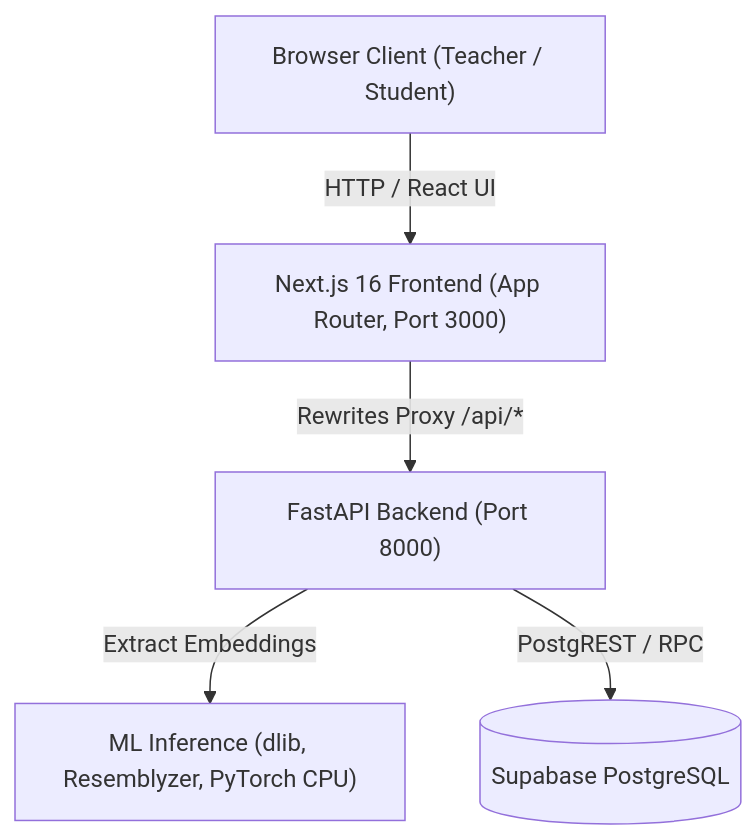
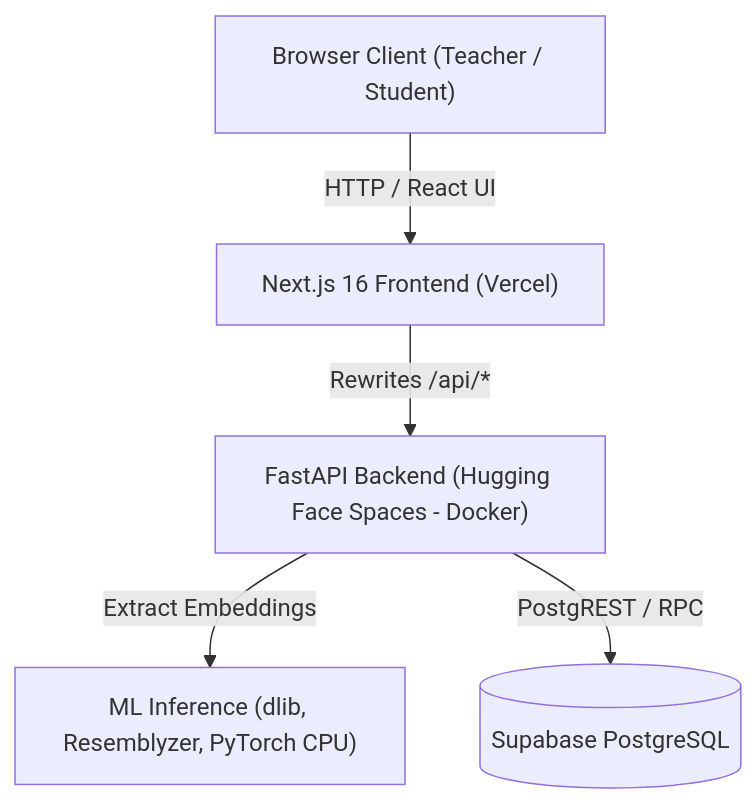
Before and after one commit to shravan12092005/snapclass: the diagram in DEPLOYMENT.md, drawn with Mermaid. The commit also changed other lines of this file and 6 other files, not shown here.

Commit message:
chore(deploy): prepare configuration for Hugging Face Spaces and Vercel deployment

````diff
--- a/DEPLOYMENT.md
+++ b/DEPLOYMENT.md
@@ -9,13 +9,13 @@
 ```mermaid
 graph TD
     Client["Browser Client (Teacher / Student)"]
-    Proxy["Next.js 16 Frontend (App Router, Port 3000)"]
-    FastAPI["FastAPI Backend (Port 8000)"]
+    Proxy["Next.js 16 Frontend (Vercel)"]
+    FastAPI["FastAPI Backend (Hugging Face Spaces - Docker)"]
     ML["ML Inference (dlib, Resemblyzer, PyTorch CPU)"]
     Supabase[("Supabase PostgreSQL")]
 
     Client -->|HTTP / React UI| Proxy
-    Proxy -->|Rewrites Proxy /api/*| FastAPI
+    Proxy -->|Rewrites /api/*| FastAPI
     FastAPI -->|Extract Embeddings| ML
     FastAPI -->|PostgREST / RPC| Supabase
 ```
````
